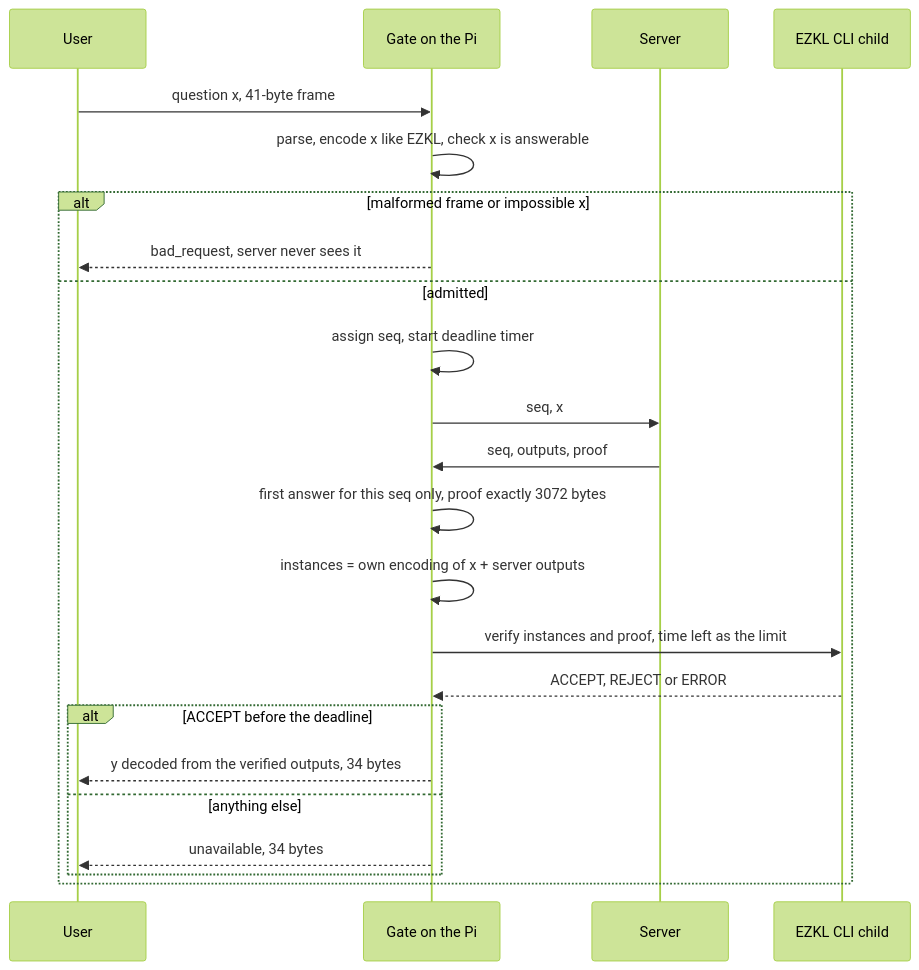
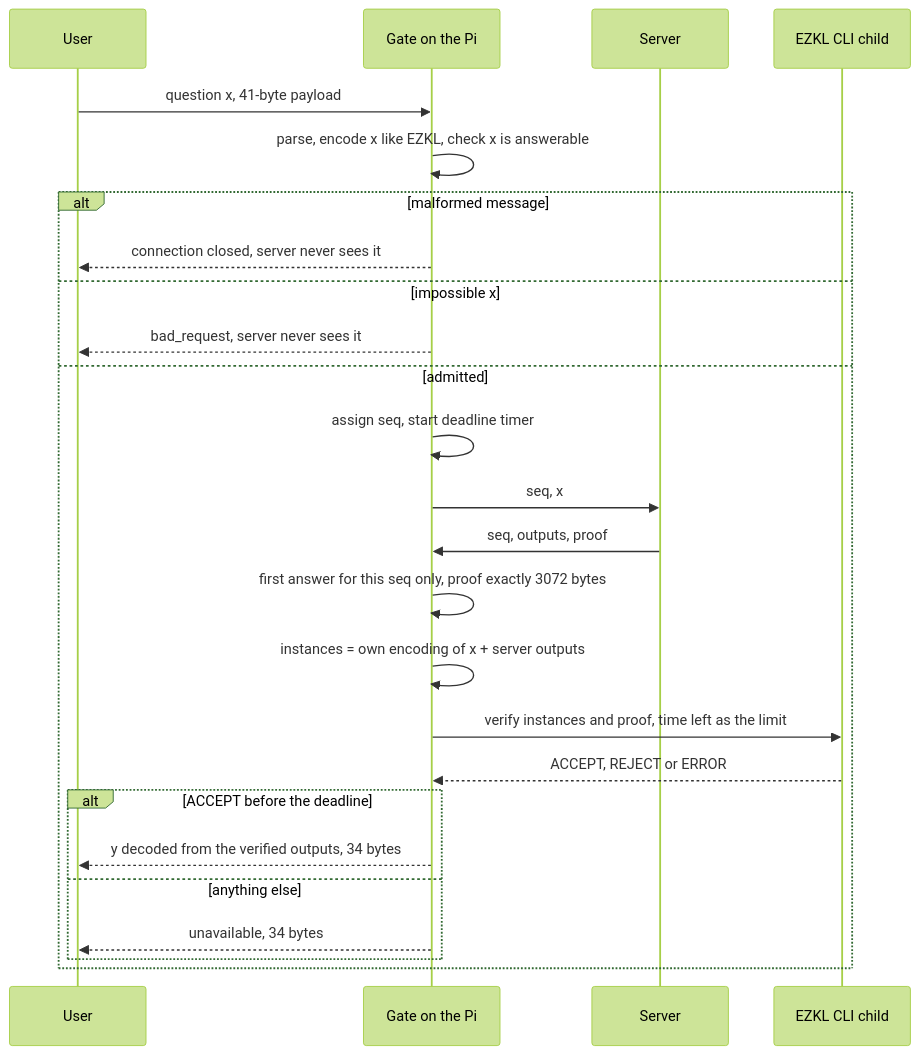
Before and after one commit to 0x471/fasr-proof-gated-egress: the diagram in book/diagrams/question.mmd, drawn with Mermaid (forest theme). The commit also changed 2 other files, not shown here.

```diff
--- a/book/diagrams/question.mmd
+++ b/book/diagrams/question.mmd
@@ -1,23 +1,25 @@
 sequenceDiagram
     participant U as User
     participant G as Gate on the Pi
     participant S as Server
     participant C as EZKL CLI child
-    U->>G: question x, 41-byte frame
+    U->>G: question x, 41-byte payload
     G->>G: parse, encode x like EZKL, check x is answerable
-    alt malformed frame or impossible x
+    alt malformed message
+        G-->>U: connection closed, server never sees it
+    else impossible x
         G-->>U: bad_request, server never sees it
     else admitted
         G->>G: assign seq, start deadline timer
         G->>S: seq, x
         S->>G: seq, outputs, proof
         G->>G: first answer for this seq only, proof exactly 3072 bytes
         G->>G: instances = own encoding of x + server outputs
         G->>C: verify instances and proof, time left as the limit
         C-->>G: ACCEPT, REJECT or ERROR
         alt ACCEPT before the deadline
             G-->>U: y decoded from the verified outputs, 34 bytes
         else anything else
             G-->>U: unavailable, 34 bytes
         end
     end
```
